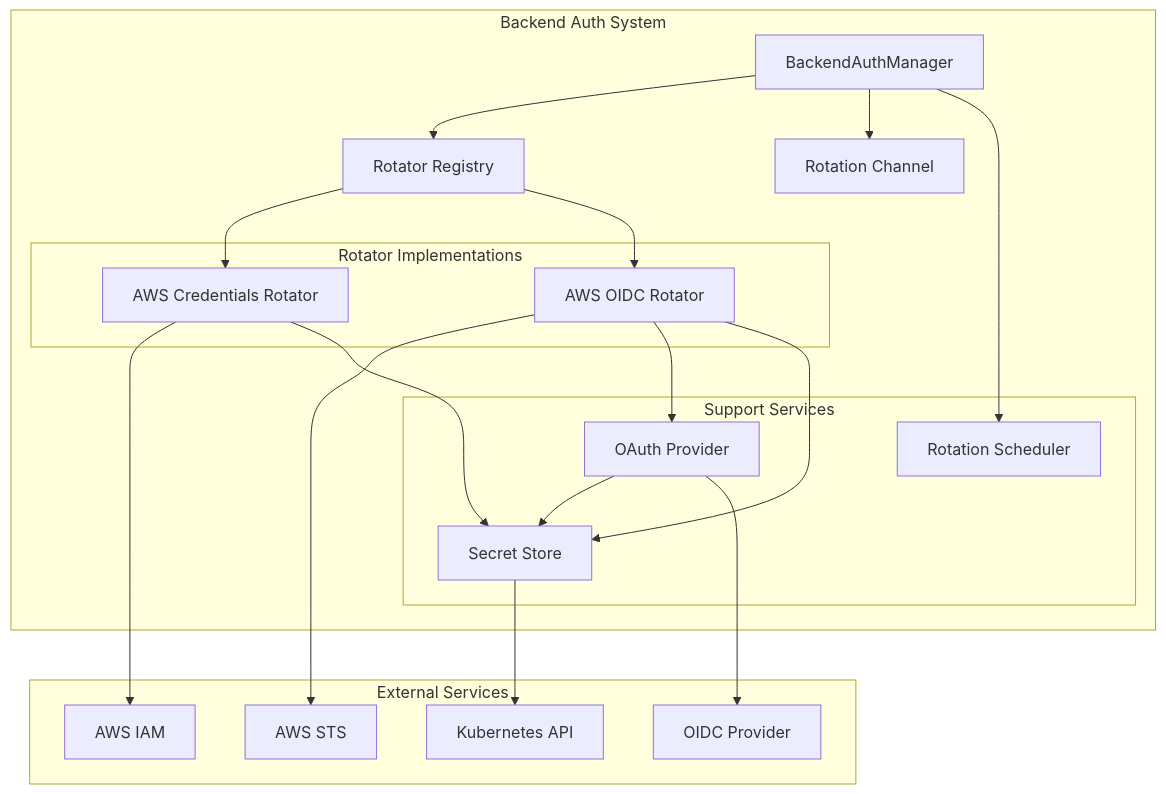
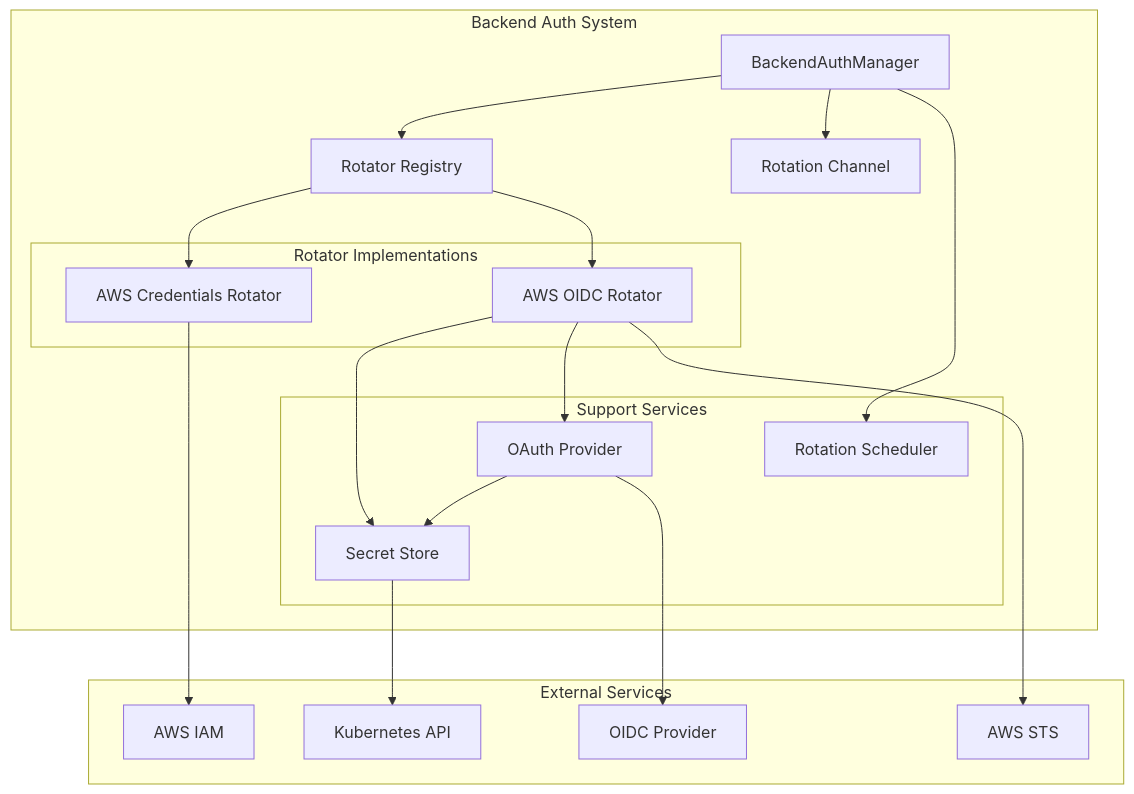
Before and after one commit to envoyproxy/ai-gateway: the first of 2 diagrams in docs/design/backend-auth.md, drawn with Mermaid.

Commit message:
fix mermaid diagram

````diff
--- a/docs/design/backend-auth.md
+++ b/docs/design/backend-auth.md
@@ -39,36 +39,35 @@
 ```mermaid
 graph TB
     subgraph "Backend Auth System"
         BAM[BackendAuthManager]
         ROT[Rotator Registry]
         CHAN[Rotation Channel]
         subgraph "Rotator Implementations"
             AWS_CRED[AWS Credentials Rotator]
             AWS_OIDC[AWS OIDC Rotator]
         end
         subgraph "Support Services"
             OAUTH[OAuth Provider]
             SCHED[Rotation Scheduler]
             SEC_STORE[Secret Store]
         end
     end
     subgraph "External Services"
         K8S[Kubernetes API]
         AWS_STS[AWS STS]
         AWS_IAM[AWS IAM]
         OIDC[OIDC Provider]
     end
     BAM --> ROT
     BAM --> CHAN
     BAM --> SCHED
     ROT --> AWS_CRED
     ROT --> AWS_OIDC
     AWS_CRED --> AWS_IAM
+    AWS_OIDC --> SEC_STORE
+    AWS_OIDC --> OAUTH
     AWS_OIDC --> AWS_STS
-    AWS_OIDC --> OAUTH
-    AWS_CRED --> SEC_STORE
-    AWS_OIDC --> SEC_STORE
     OAUTH --> SEC_STORE
     OAUTH --> OIDC
     SEC_STORE --> K8S
 ```
````
